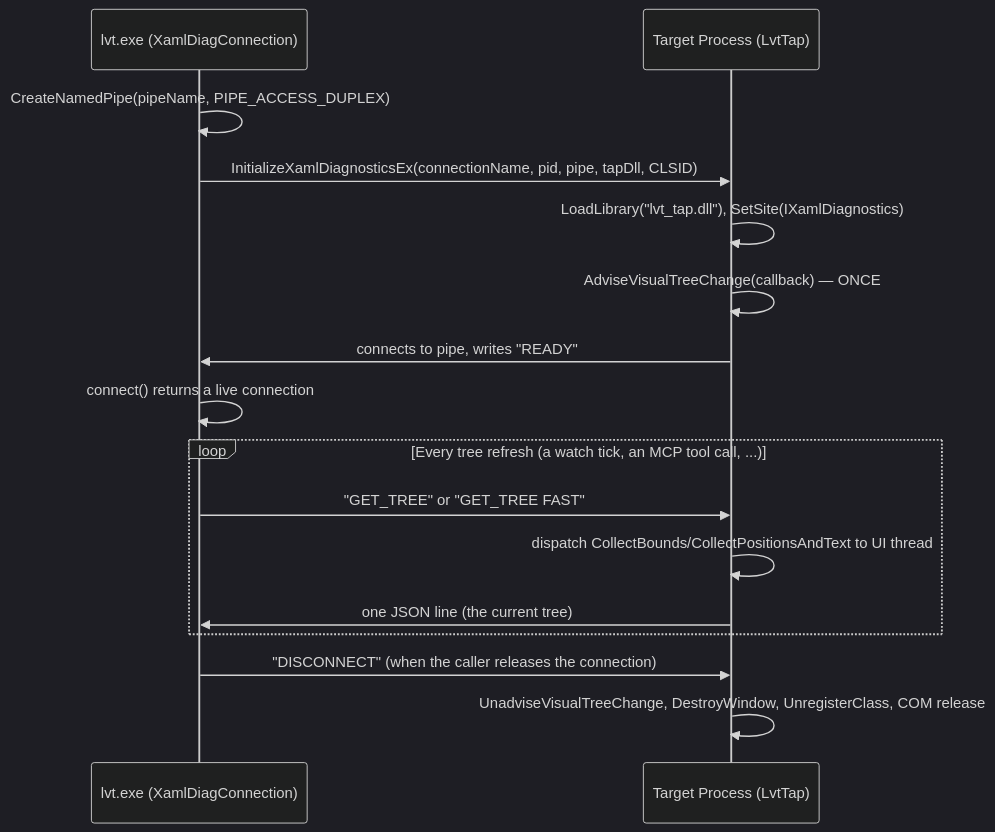
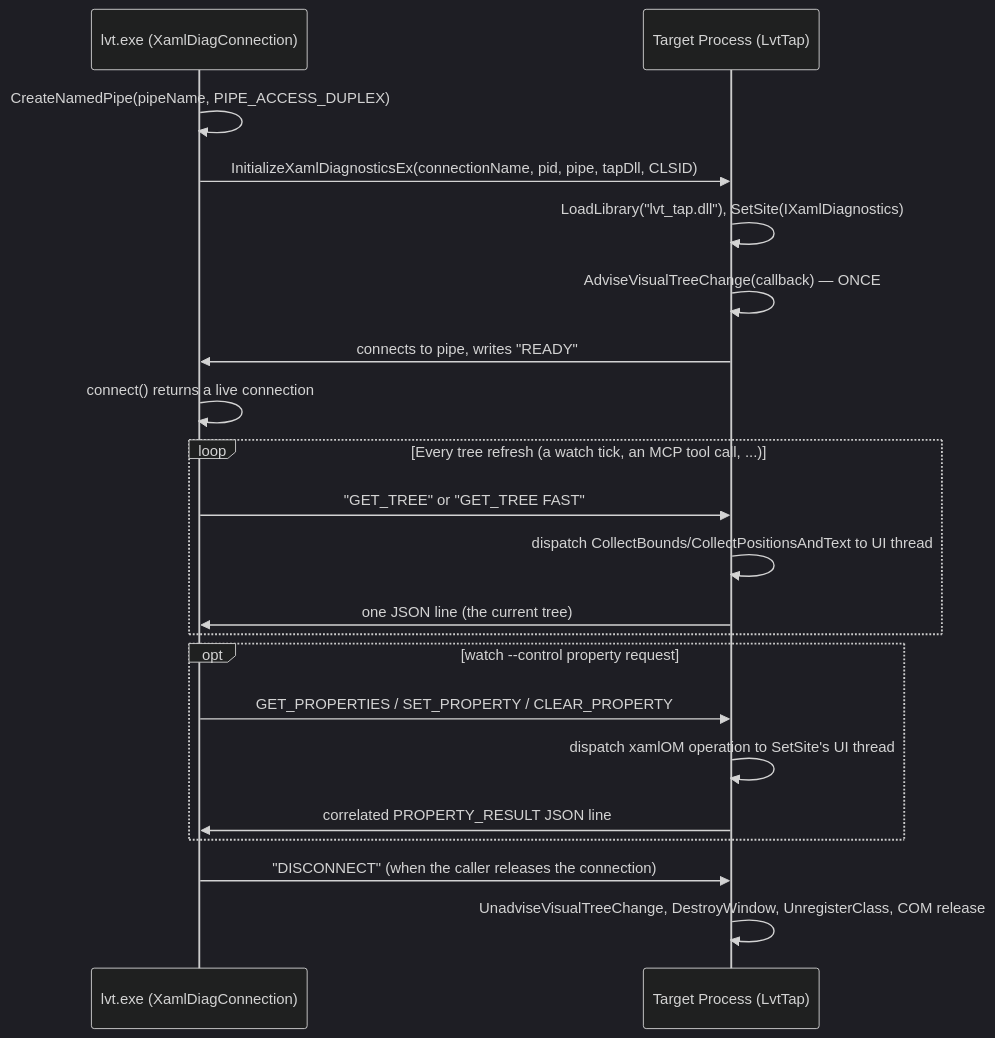
Before and after one commit to asklar/lvt: the first of 3 diagrams in docs/tap-dll-design.md, drawn with Mermaid (dark theme). The commit also changed other lines of this file and 10 other files, not shown here.

First line of the commit message:
Add native XAML property editing control

````diff
--- a/docs/tap-dll-design.md
+++ b/docs/tap-dll-design.md
@@ -11,21 +11,27 @@
 ```mermaid
 sequenceDiagram
     participant lvt as lvt.exe (XamlDiagConnection)
     participant target as Target Process (LvtTap)
 
     lvt->>lvt: CreateNamedPipe(pipeName, PIPE_ACCESS_DUPLEX)
     lvt->>target: InitializeXamlDiagnosticsEx(connectionName, pid, pipe, tapDll, CLSID)
     target->>target: LoadLibrary("lvt_tap.dll"), SetSite(IXamlDiagnostics)
     target->>target: AdviseVisualTreeChange(callback) — ONCE
     target->>lvt: connects to pipe, writes "READY"
     lvt->>lvt: connect() returns a live connection
 
     loop Every tree refresh (a watch tick, an MCP tool call, ...)
         lvt->>target: "GET_TREE" or "GET_TREE FAST"
         target->>target: dispatch CollectBounds/CollectPositionsAndText to UI thread
         target->>lvt: one JSON line (the current tree)
     end
 
+    opt watch --control property request
+        lvt->>target: GET_PROPERTIES / SET_PROPERTY / CLEAR_PROPERTY
+        target->>target: dispatch xamlOM operation to SetSite's UI thread
+        target->>lvt: correlated PROPERTY_RESULT JSON line
+    end
+
     lvt->>target: "DISCONNECT" (when the caller releases the connection)
     target->>target: UnadviseVisualTreeChange, DestroyWindow, UnregisterClass, COM release
 ```
````
